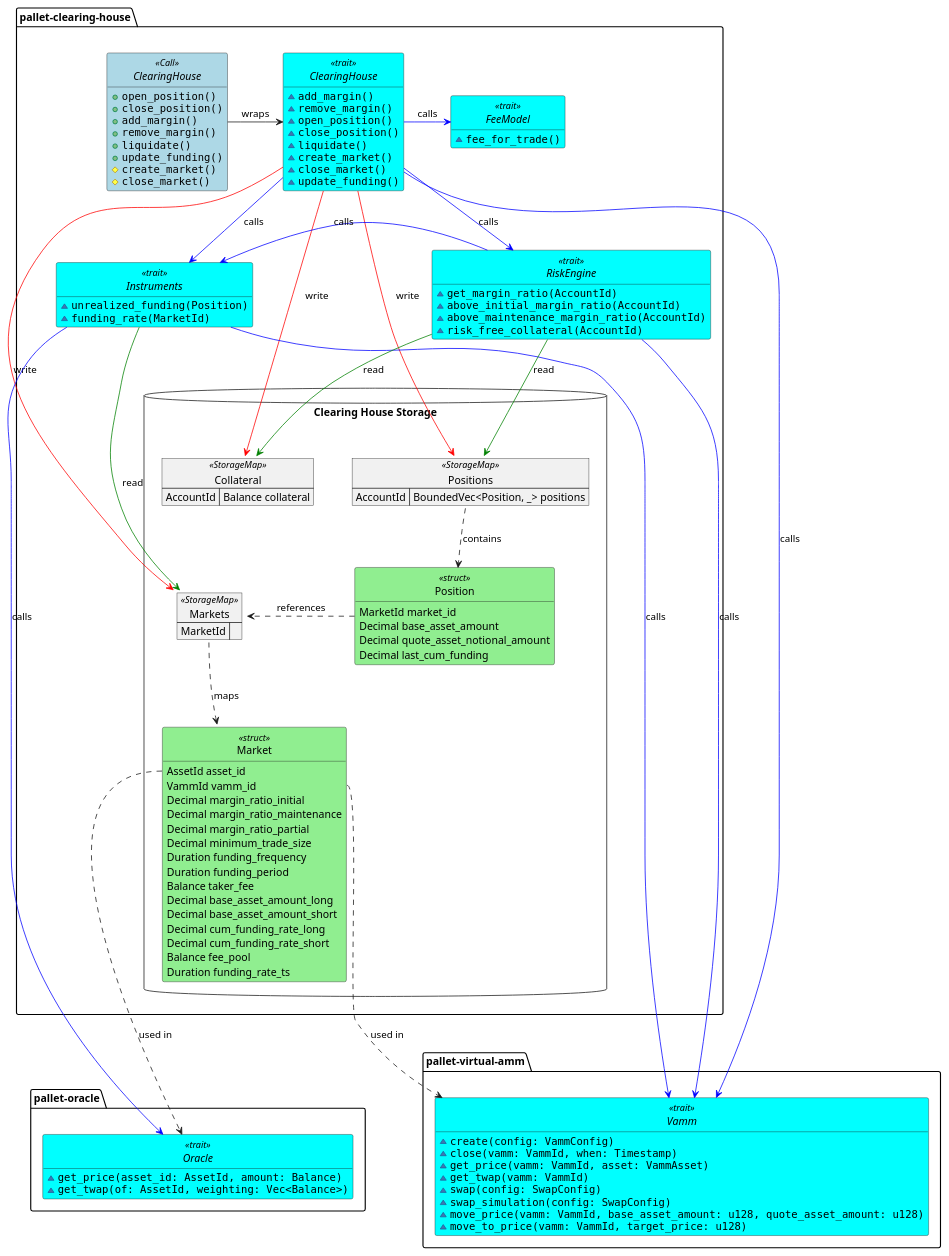
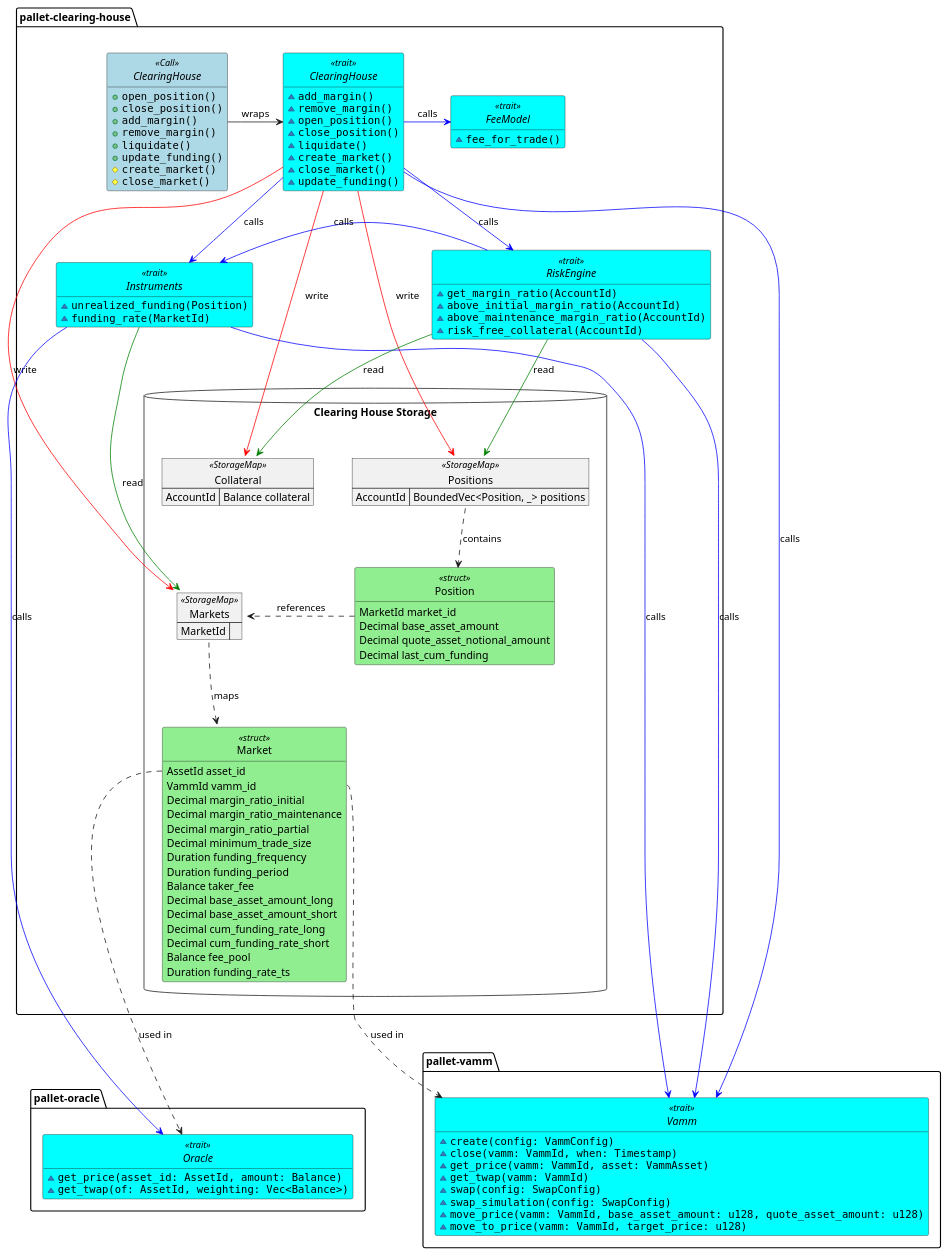
One commit to escher-exchange/escher changed the diagram in clearing-house/diagrams/clearing-house.plantuml. Above: the diagram before and after it, drawn with PlantUML.

Commit message:
docs(CH): update pallet package name

```diff
--- a/clearing-house/diagrams/clearing-house.plantuml
+++ b/clearing-house/diagrams/clearing-house.plantuml
@@ -1,163 +1,163 @@
 @startuml clearing-house
 
 <style>
 .struct {
     BackgroundColor LightGreen
 }
 .Call {
     BackgroundColor LightBlue
 }
 .trait {
     BackgroundColor Cyan
 }
 </style>
 
 package "pallet-clearing-house" {
     interface ClearingHouse <<Call>> {
         + ""open_position()""
         + ""close_position()""
         + ""add_margin()""
         + ""remove_margin()""
         + ""liquidate()""
         + ""update_funding()""
         # ""create_market()""
         # ""close_market()""
     }
 
     interface "ClearingHouse" as CH <<trait>> {
         ~ ""add_margin()""
         ~ ""remove_margin()""
         ~ ""open_position()""
         ~ ""close_position()""
         ~ ""liquidate()""
         ~ ""create_market()""
         ~ ""close_market()""
         ~ ""update_funding()""
     }
     
     interface "RiskEngine" as RETrait <<trait>> {
         ~ ""get_margin_ratio(AccountId)""
         ~ ""above_initial_margin_ratio(AccountId)""
         ~ ""above_maintenance_margin_ratio(AccountId)""
         ~ ""risk_free_collateral(AccountId)""
         '~ get_free_collateral()
     }
     
     interface "Instruments" as ITrait <<trait>> {
         ~ ""unrealized_funding(Position)""
         ~ ""funding_rate(MarketId)""
     }
 
     interface "FeeModel" as FTrait <<trait>> {
         ~ ""fee_for_trade()""
     }
 
     database "Clearing House Storage" {
         map "Collateral" as MarginAccounts <<StorageMap>> {
             AccountId => Balance collateral
         }
 
         map Positions <<StorageMap>> {
             AccountId => BoundedVec<Position, _> positions
         }
 
         map Markets <<StorageMap>> {
             MarketId =>
         }
 
         class Position <<struct>> {
             MarketId market_id
             Decimal base_asset_amount
             Decimal quote_asset_notional_amount
             Decimal last_cum_funding
         }
 
         class Market <<struct>> {
             AssetId asset_id
             VammId vamm_id
             Decimal margin_ratio_initial
             Decimal margin_ratio_maintenance
             Decimal margin_ratio_partial
             Decimal minimum_trade_size
             Duration funding_frequency
             Duration funding_period
             Balance taker_fee
             Decimal base_asset_amount_long
             Decimal base_asset_amount_short
             Decimal cum_funding_rate_long
             Decimal cum_funding_rate_short
             Balance fee_pool
             Duration funding_rate_ts
         }
     }
 }
 
-package "pallet-virtual-amm" {
+package "pallet-vamm" {
     interface "Vamm" as vAmm <<trait>> {
         ~ ""create(config: VammConfig)""
         ~ ""close(vamm: VammId, when: Timestamp)""
         ~ ""get_price(vamm: VammId, asset: VammAsset)""
         ~ ""get_twap(vamm: VammId)""
         ~ ""swap(config: SwapConfig)""
         ~ ""swap_simulation(config: SwapConfig)""
         ~ ""move_price(vamm: VammId, base_asset_amount: u128, quote_asset_amount: u128)""
         ~ ""move_to_price(vamm: VammId, target_price: u128)""
     }
 }
 
 package "pallet-oracle" {
     interface Oracle <<trait>> {
         ~ ""get_price(asset_id: AssetId, amount: Balance)""
         ~ ""get_twap(of: AssetId, weighting: Vec<Balance>)""
     }
 }
 
 hide empty members
 hide circle
 
 '================== Storage relationships
 Markets ..down> Market : maps
 Market::vamm_id ..> vAmm : used in
 Market::asset_id ..> Oracle : used in
 
 Positions::positions ..down> Position: contains
 Position ..right> Markets : references
 
 '================== Control flow relationships             
 ClearingHouse -> CH : wraps
 
 CH -[#blue]-> ITrait : calls
 
 'add_margin
 'remove_margin
 CH -[#red]-> MarginAccounts : write
 
 'create_market
 'close_market
 CH -[#red]-> Markets : write
 
 'remove_margin
 CH -[#blue]-> RETrait : calls
 
 'open_position
 'close_position
 'liquidate
 CH -[#red]-> Positions : write
 CH -[#blue]right> FTrait : calls
 
 'open_position
 'close_position
 CH -[#blue]-> vAmm : calls
 
 'update_funding
 ITrait -[#green]-> Markets : read
 ITrait -[#blue]-> Oracle : calls
 ITrait -[#blue]-> vAmm : calls
 
 'get_margin_ratio
 RETrait -[#green]-> MarginAccounts : read
 RETrait -[#green]-> Positions : read
 RETrait -left[#blue]> ITrait : calls
 RETrait -[#blue]-> vAmm : calls
 
 @enduml
```
